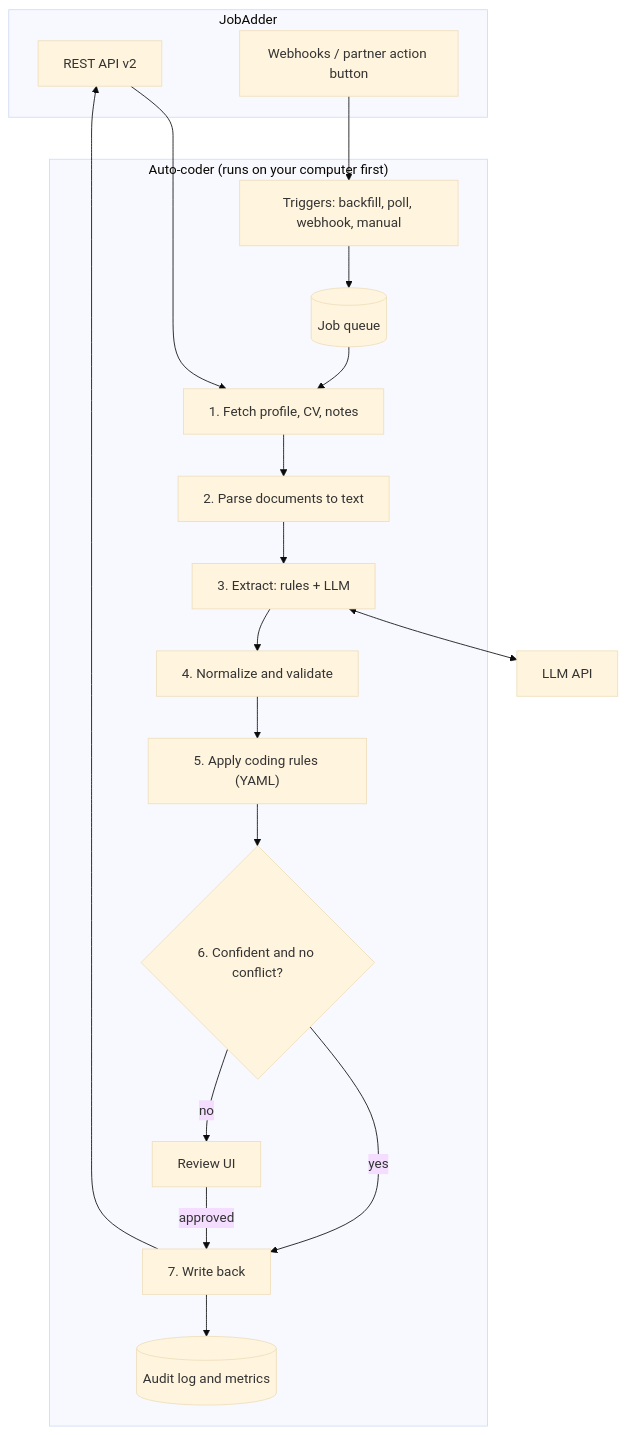
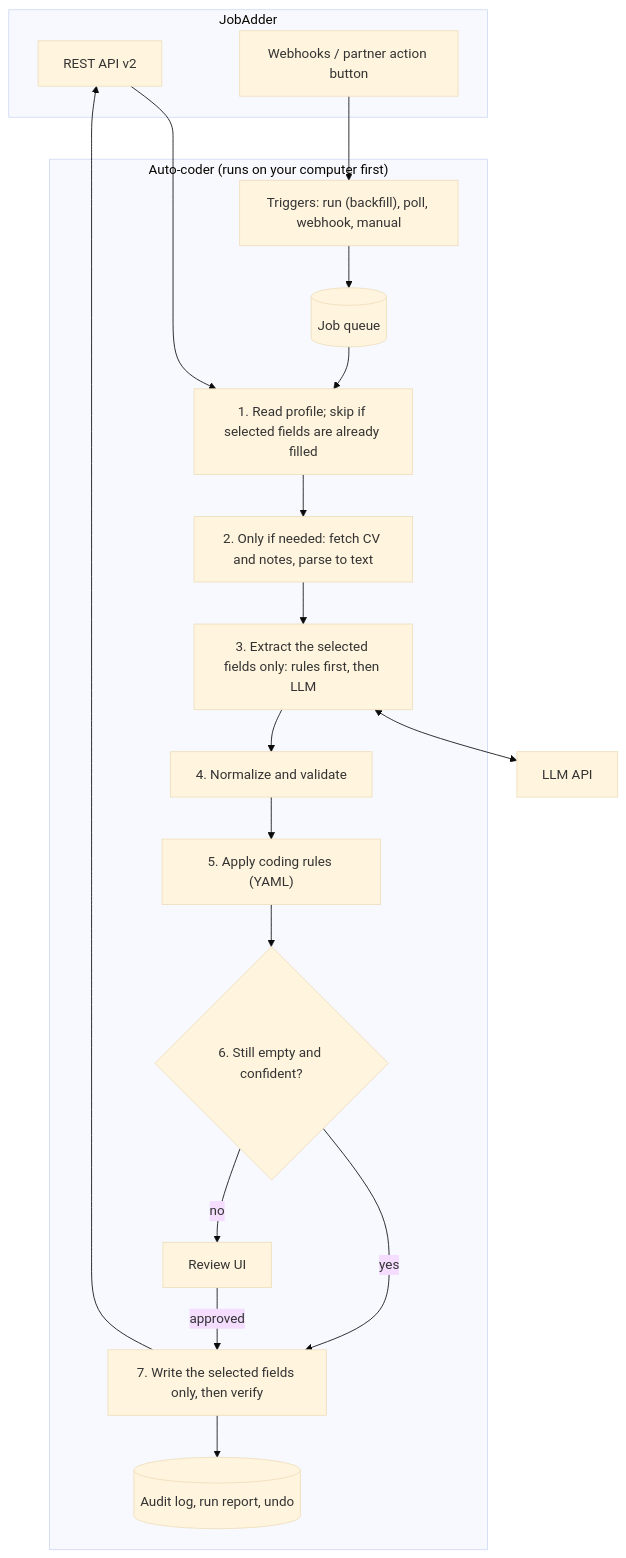
The diagram in IDEATION.md (khoryik96-creator/Garbage), drawn with Mermaid (base theme) before and after one commit. The commit also changed other lines of this file, not shown here.

````diff
--- a/IDEATION.md
+++ b/IDEATION.md
@@ -144,26 +205,26 @@
 ```mermaid
 flowchart TB
   subgraph JA["JobAdder"]
     API["REST API v2"]
     EVT["Webhooks / partner action button"]
   end
 
   subgraph APP["Auto-coder (runs on your computer first)"]
-    TRG["Triggers: backfill, poll, webhook, manual"] --> Q[("Job queue")]
-    Q --> FET["1. Fetch profile, CV, notes"]
-    FET --> PAR["2. Parse documents to text"]
-    PAR --> EXT["3. Extract: rules + LLM"]
+    TRG["Triggers: run (backfill), poll, webhook, manual"] --> Q[("Job queue")]
+    Q --> FET["1. Read profile; skip if selected fields are already filled"]
+    FET --> PAR["2. Only if needed: fetch CV and notes, parse to text"]
+    PAR --> EXT["3. Extract the selected fields only: rules first, then LLM"]
     EXT --> NOR["4. Normalize and validate"]
     NOR --> COD["5. Apply coding rules (YAML)"]
-    COD --> DEC{"6. Confident and no conflict?"}
-    DEC -- "yes" --> WB["7. Write back"]
+    COD --> DEC{"6. Still empty and confident?"}
+    DEC -- "yes" --> WB["7. Write the selected fields only, then verify"]
     DEC -- "no" --> UI["Review UI"]
     UI -- "approved" --> WB
-    WB --> AUD[("Audit log and metrics")]
+    WB --> AUD[("Audit log, run report, undo")]
   end
 
   EVT --> TRG
   API --> FET
   WB --> API
   EXT <--> LLM["LLM API"]
 ```
````
